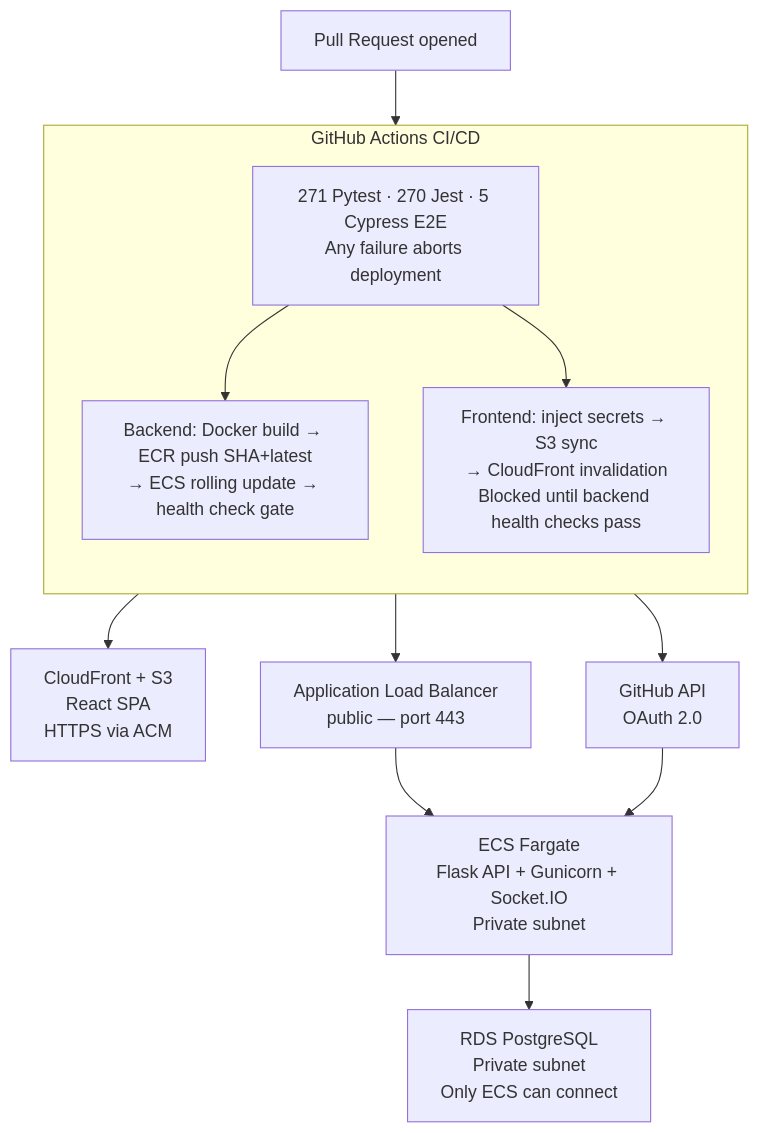
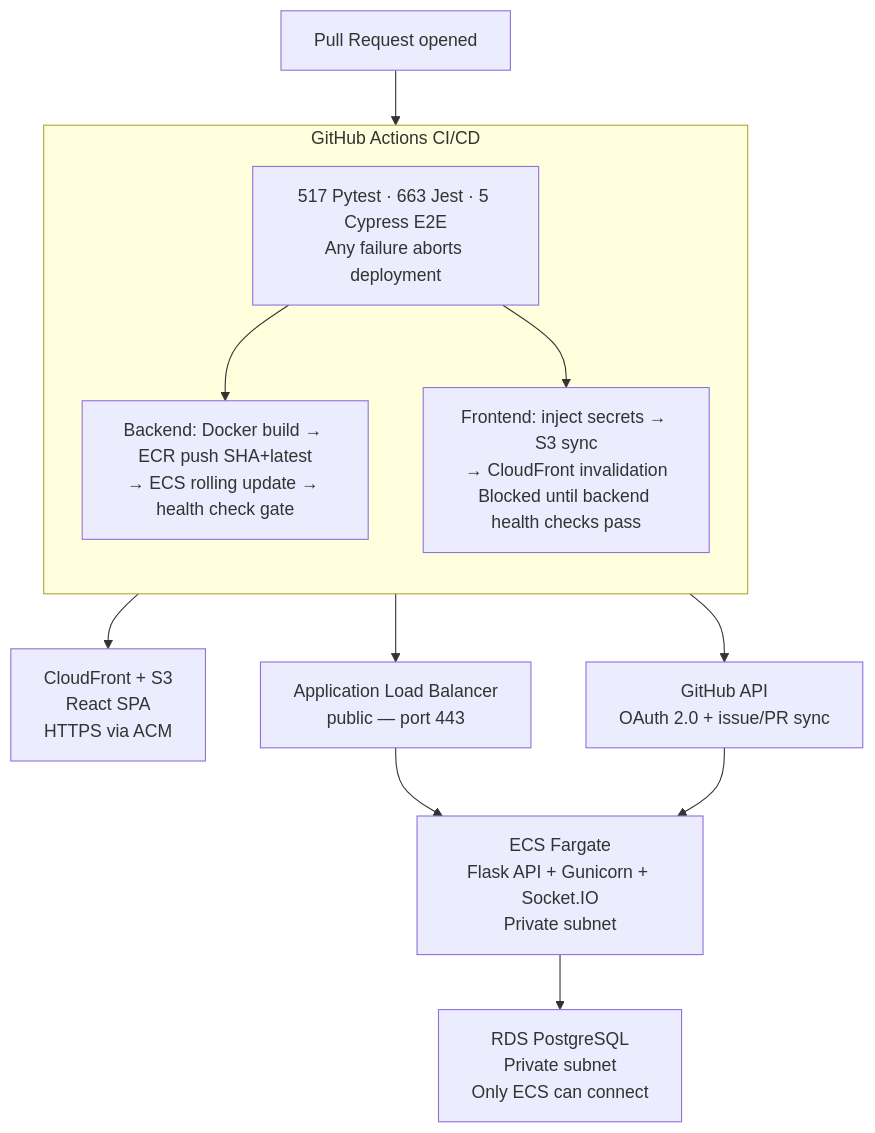
Before and after one commit to AhmedIkram05/devsync: the first of 2 diagrams in README.md, drawn with Mermaid. The commit also changed other lines of this file and 5 other files, not shown here.

Commit message:
fix: Refactor README to bring upto date with new tests, features and API endpoints

````diff
--- a/README.md
+++ b/README.md
@@ -48,27 +50,27 @@
 ```mermaid
 flowchart TD
     PR[Pull Request opened] --> CI
  
     subgraph CI["GitHub Actions CI/CD"]
         direction TB
-        tests["271 Pytest · 270 Jest · 5 Cypress E2E\nAny failure aborts deployment"]
+        tests["517 Pytest · 663 Jest · 5 Cypress E2E\nAny failure aborts deployment"]
         tests --> be_deploy["Backend: Docker build → ECR push SHA+latest\n→ ECS rolling update → health check gate"]
         tests --> fe_deploy["Frontend: inject secrets → S3 sync\n→ CloudFront invalidation\nBlocked until backend health checks pass"]
     end
  
     CI --> CF
     CI --> ALB
     CI --> GH
  
     CF["CloudFront + S3\nReact SPA\nHTTPS via ACM"]
     ALB["Application Load Balancer\npublic — port 443"]
-    GH["GitHub API\nOAuth 2.0"]
+    GH["GitHub API\nOAuth 2.0 + issue/PR sync"]
  
     ALB --> ECS
     GH --> ECS
  
     ECS["ECS Fargate\nFlask API + Gunicorn + Socket.IO\nPrivate subnet"]
  
     ECS --> RDS["RDS PostgreSQL\nPrivate subnet\nOnly ECS can connect"]
 
 ```
````
